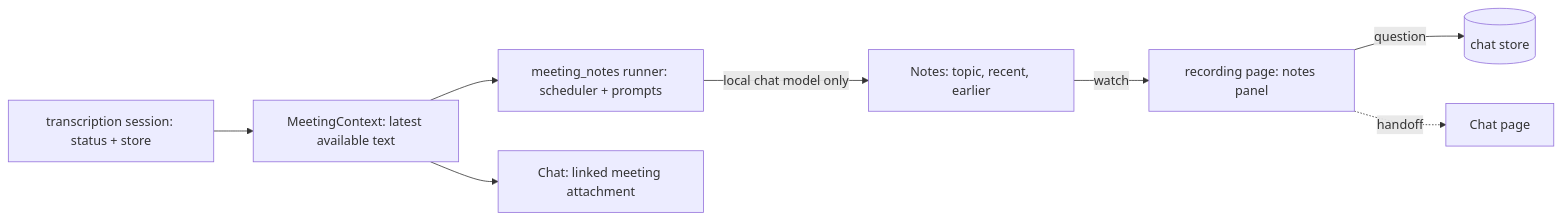
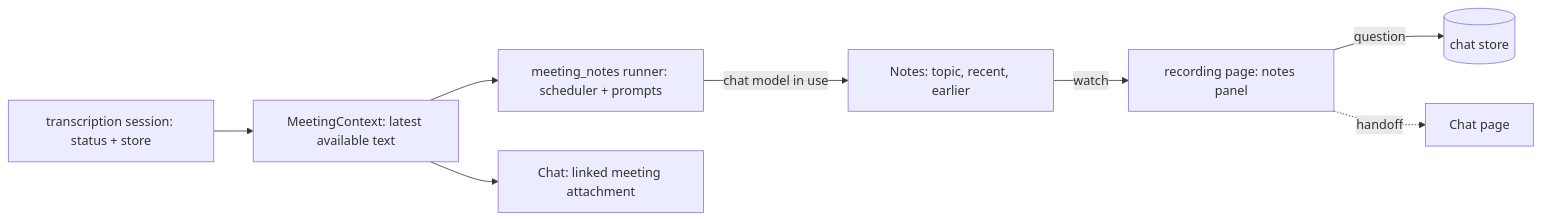
One commit to fang2hou/dito changed the third of 3 diagrams in docs/ARCHITECTURE.md. Above: the diagram before and after it, drawn with Mermaid. The commit also changed other lines of this file and 15 other files, not shown here.

First line of the commit message:
feat(tools): let live meeting notes use a cloud chat model (#194)

````diff
--- a/docs/ARCHITECTURE.md
+++ b/docs/ARCHITECTURE.md
@@ -96,10 +96,10 @@
 ```mermaid
 flowchart LR
     Session[transcription session: status + store] --> Context[MeetingContext: latest available text]
     Context --> Runner[meeting_notes runner: scheduler + prompts]
-    Runner -- local chat model only --> Notes[Notes: topic, recent, earlier]
+    Runner -- chat model in use --> Notes[Notes: topic, recent, earlier]
     Notes -- watch --> Panel[recording page: notes panel]
     Panel -- question --> ChatStore[(chat store)]
     Context --> Attach[Chat: linked meeting attachment]
     Panel -. handoff .-> Chat[Chat page]
 ```
````
